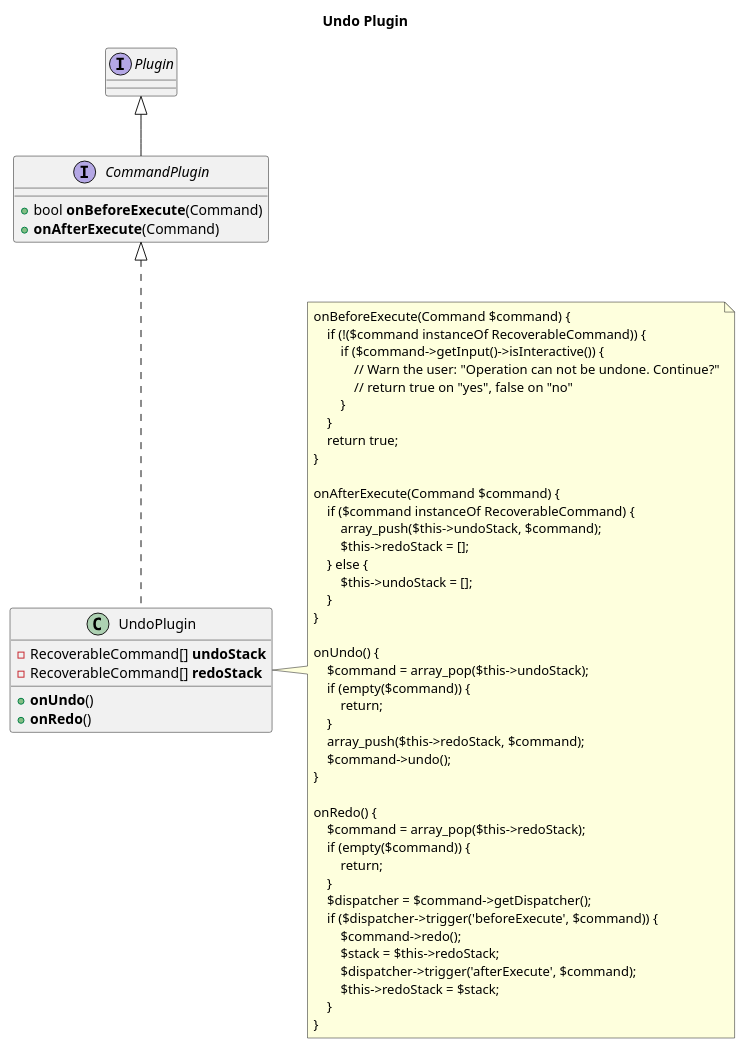
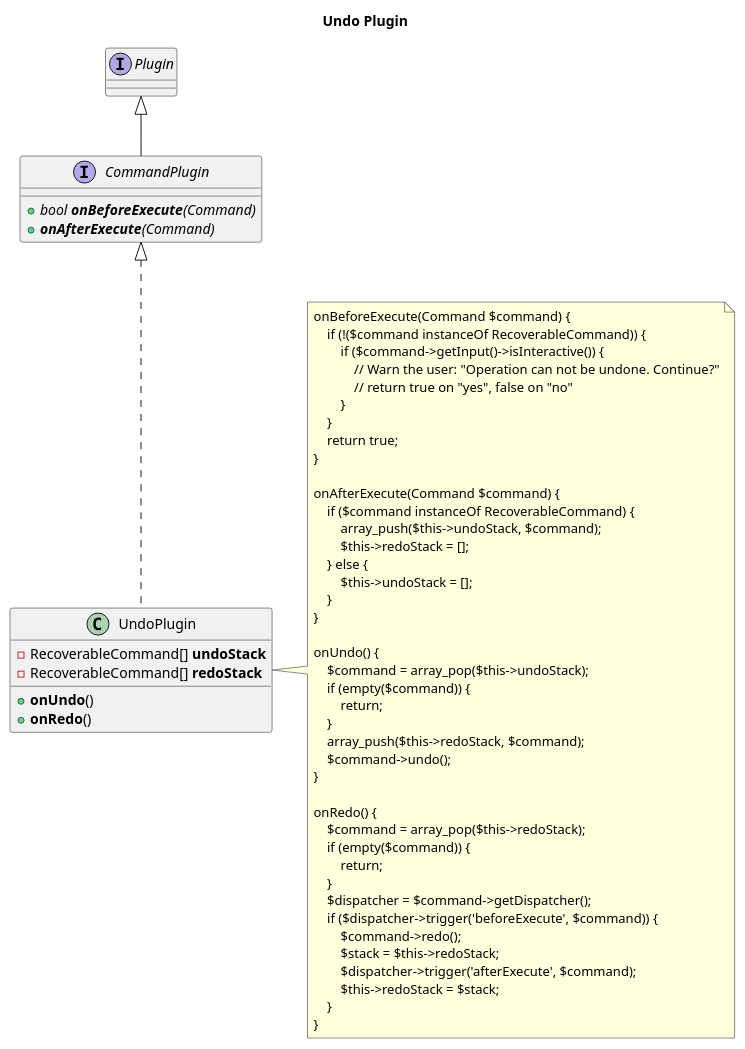
Before and after one commit to nibralab/joomla-architecture: the diagram in src/class-undo-plugin.puml, drawn with PlantUML. The commit also changed 1 other file, not shown here.

Commit message:
Added {abstract} keyword to interface methods

```diff
--- a/src/class-undo-plugin.puml
+++ b/src/class-undo-plugin.puml
@@ -1,57 +1,57 @@
 @startuml
 title Undo Plugin
 interface CommandPlugin implements Plugin {
-    +bool <b>onBeforeExecute</b>(Command)
-    +<b>onAfterExecute</b>(Command)
+    +{abstract} bool <b>onBeforeExecute</b>(Command)
+    +{abstract} <b>onAfterExecute</b>(Command)
 }
 class UndoPlugin implements CommandPlugin {
     -RecoverableCommand[] <b>undoStack</b>
     -RecoverableCommand[] <b>redoStack</b>
     +<b>onUndo</b>()
     +<b>onRedo</b>()
 }
 note as UndoPluginNote
     onBeforeExecute(Command $command) {
         if (!($command instanceOf RecoverableCommand)) {
             if ($command->getInput()->isInteractive()) {
                 // Warn the user: "Operation can not be undone. Continue?"
                 // return true on "yes", false on "no"
             }
         }
         return true;
     }
 
     onAfterExecute(Command $command) {
         if ($command instanceOf RecoverableCommand) {
             array_push($this->undoStack, $command);
             $this->redoStack = [];
         } else {
             $this->undoStack = [];
         }
     }
 
     onUndo() {
         $command = array_pop($this->undoStack);
         if (empty($command)) {
             return;
         }
         array_push($this->redoStack, $command);
         $command->undo();
     }
 
     onRedo() {
         $command = array_pop($this->redoStack);
         if (empty($command)) {
             return;
         }
         $dispatcher = $command->getDispatcher();
         if ($dispatcher->trigger('beforeExecute', $command)) {
             $command->redo();
             $stack = $this->redoStack;
             $dispatcher->trigger('afterExecute', $command);
             $this->redoStack = $stack;
         }
     }
 end note
 UndoPlugin -r- UndoPluginNote
 @enduml
```
